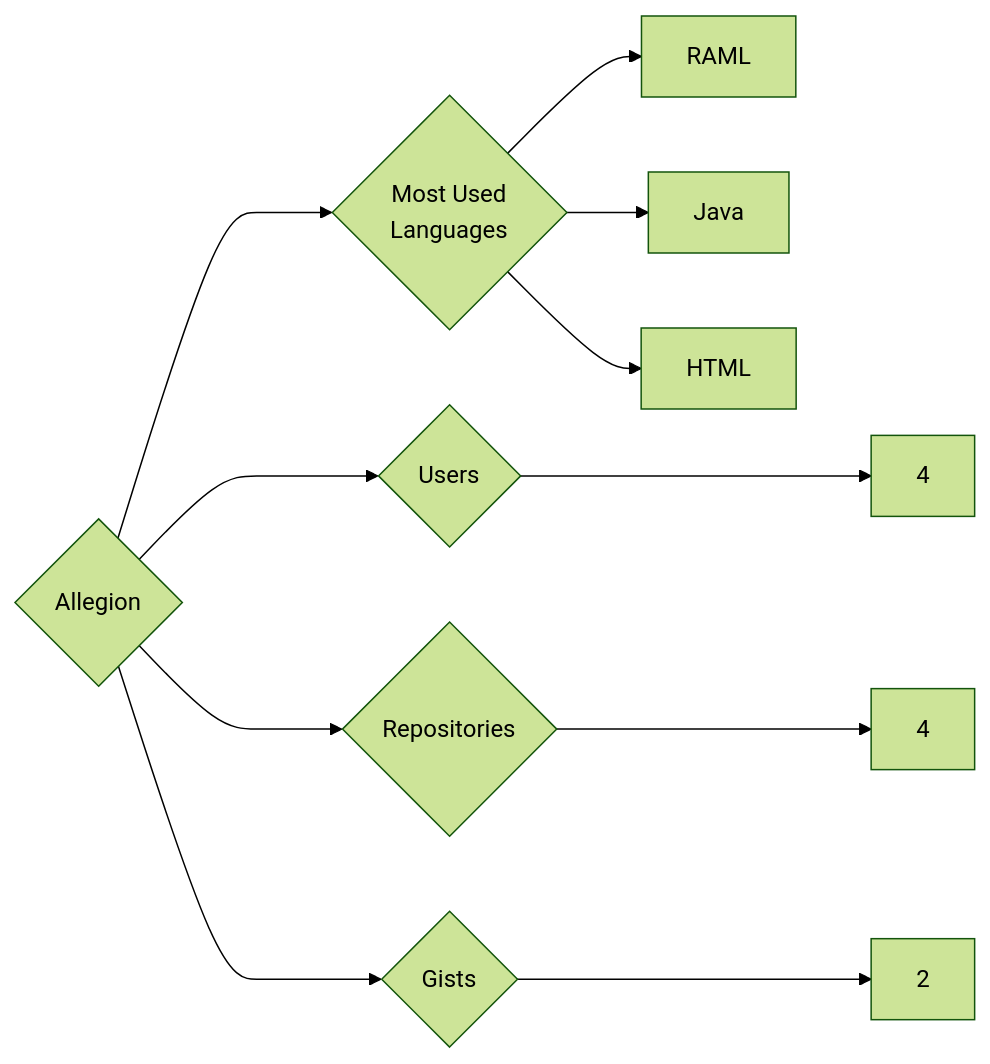
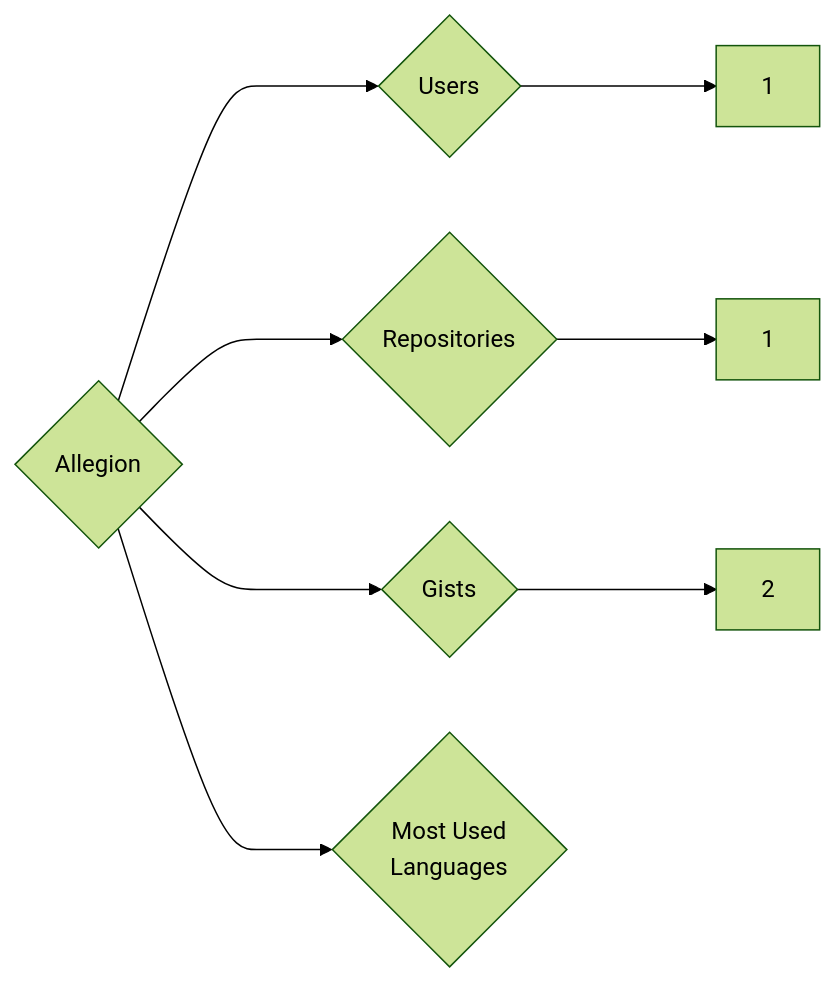
Before and after one commit to trickest/insiders: the diagram in targets/Allegion/README.md, drawn with Mermaid (forest theme). The commit also changed 934 other files, not shown here.

````diff
--- a/targets/Allegion/README.md
+++ b/targets/Allegion/README.md
@@ -3,11 +3,8 @@
 ```mermaid
 graph LR
 COMPANY_NAME{Allegion}
-COMPANY_NAME ---> U{Users} ---> UN[4]
-COMPANY_NAME ---> R{Repositories} ---> RN[4]
+COMPANY_NAME ---> U{Users} ---> UN[1]
+COMPANY_NAME ---> R{Repositories} ---> RN[1]
 COMPANY_NAME ---> G{Gists} ---> GN[2]
 COMPANY_NAME ---> ML{Most Used<br>Languages}
-ML --> RAML[RAML]
-ML --> Java[Java]
-ML --> HTML[HTML]
 ```
````
